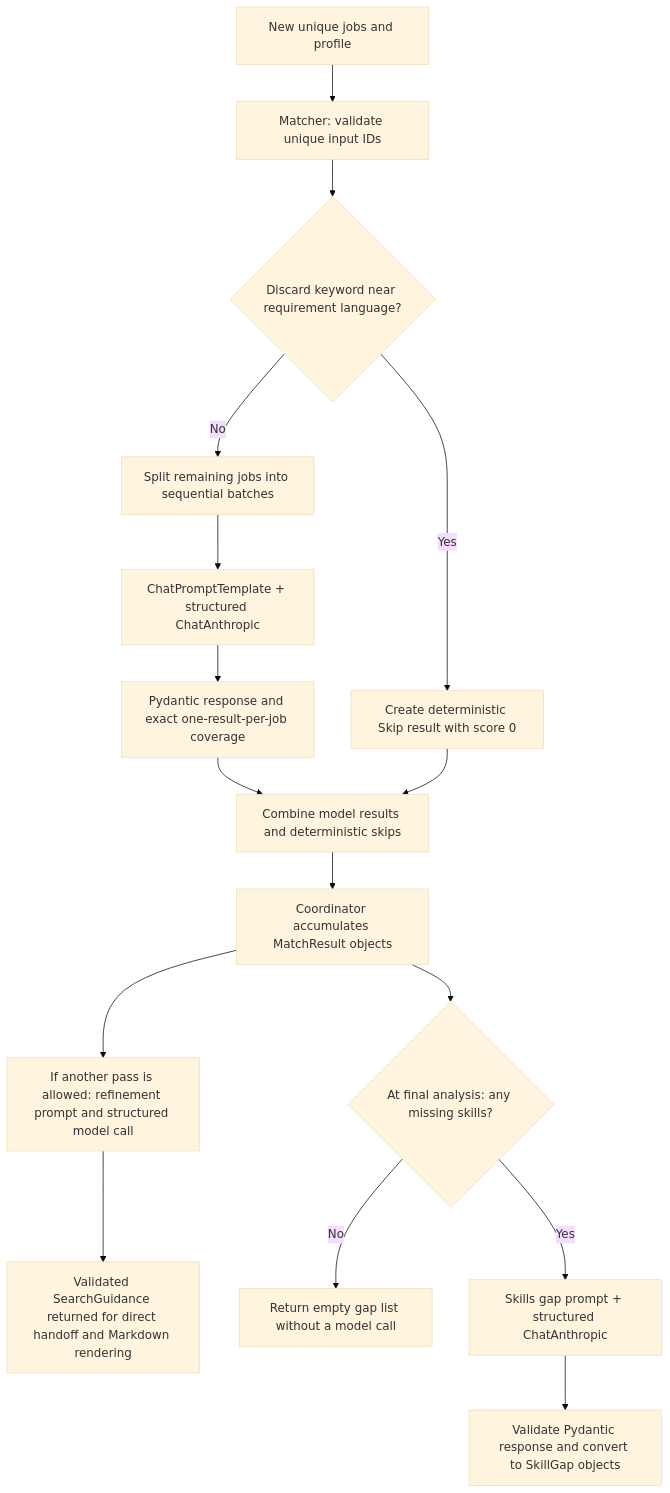
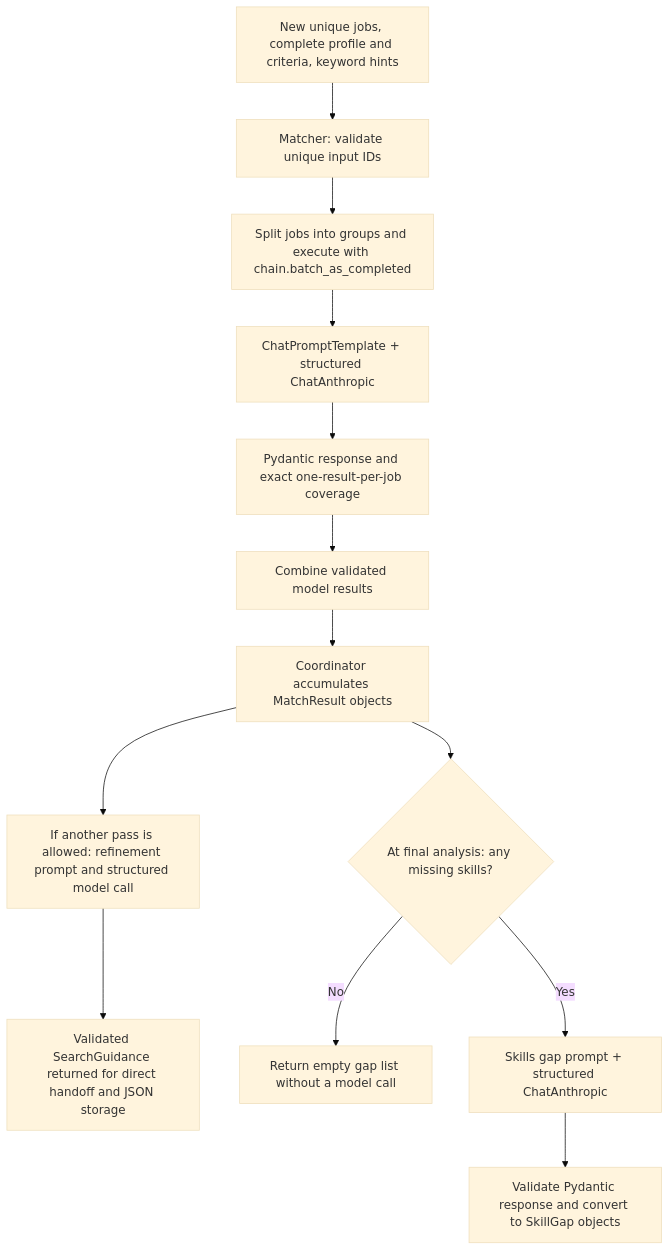
Before and after one commit to sheyko94/linkedin_job_search: the second of 2 diagrams in docs/data-flow.md, drawn with Mermaid (base theme). The commit also changed other lines of this file and 45 other files, not shown here.

````diff
--- a/docs/data-flow.md
+++ b/docs/data-flow.md
@@ -47,18 +49,15 @@
 ```mermaid
 flowchart TD
-    JOBS["New unique jobs and profile"] --> CHECK["Matcher: validate unique input IDs"]
-    CHECK --> FILTER{"Discard keyword near requirement language?"}
-    FILTER -->|Yes| SKIP["Create deterministic Skip result with score 0"]
-    FILTER -->|No| BATCH["Split remaining jobs into sequential batches"]
+    JOBS["New unique jobs, complete profile and criteria, keyword hints"] --> CHECK["Matcher: validate unique input IDs"]
+    CHECK --> BATCH["Split jobs into groups and execute with chain.batch_as_completed"]
     BATCH --> MODEL["ChatPromptTemplate + structured ChatAnthropic"]
     MODEL --> VALIDATE["Pydantic response and exact one-result-per-job coverage"]
-    VALIDATE --> MATCHES["Combine model results and deterministic skips"]
-    SKIP --> MATCHES
+    VALIDATE --> MATCHES["Combine validated model results"]
     MATCHES --> ACCUM["Coordinator accumulates MatchResult objects"]
     ACCUM --> REFINE["If another pass is allowed: refinement prompt and structured model call"]
-    REFINE --> PARAMS["Validated SearchGuidance returned for direct handoff and Markdown rendering"]
+    REFINE --> PARAMS["Validated SearchGuidance returned for direct handoff and JSON storage"]
     ACCUM --> MISSING{"At final analysis: any missing skills?"}
     MISSING -->|No| EMPTY["Return empty gap list without a model call"]
     MISSING -->|Yes| GAPMODEL["Skills gap prompt + structured ChatAnthropic"]
     GAPMODEL --> GAPVALID["Validate Pydantic response and convert to SkillGap objects"]
 ```
````
